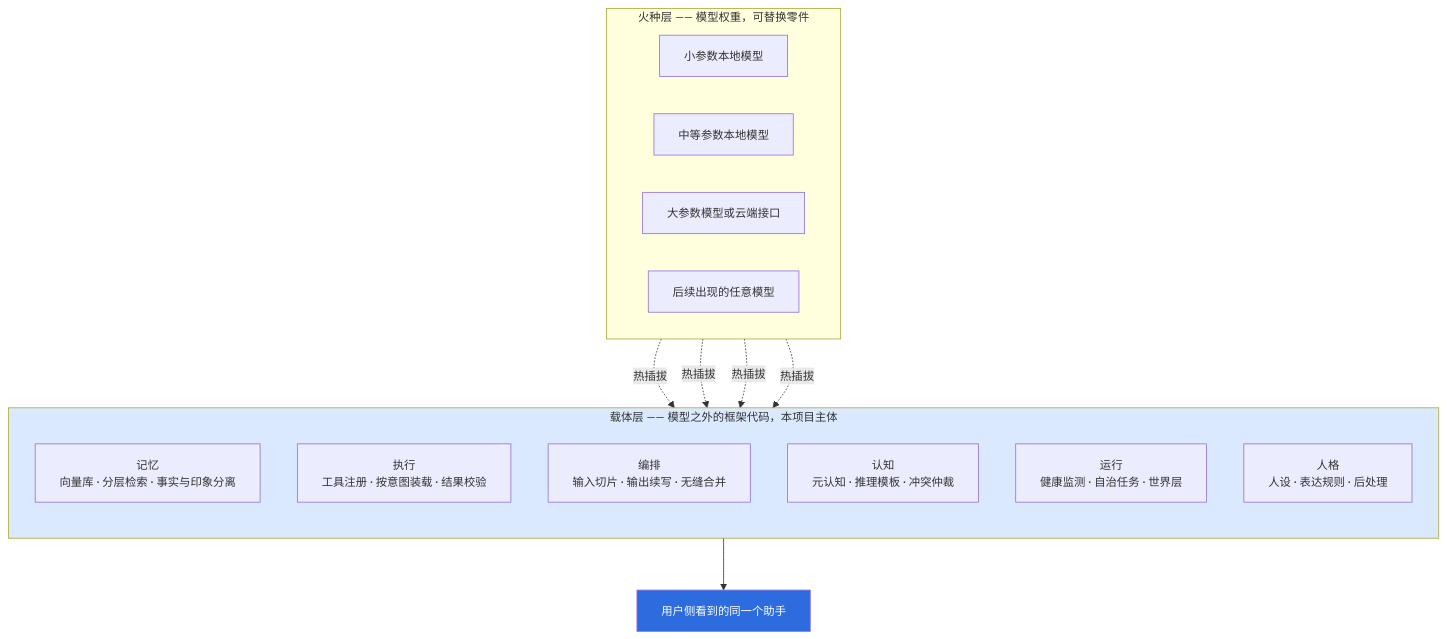
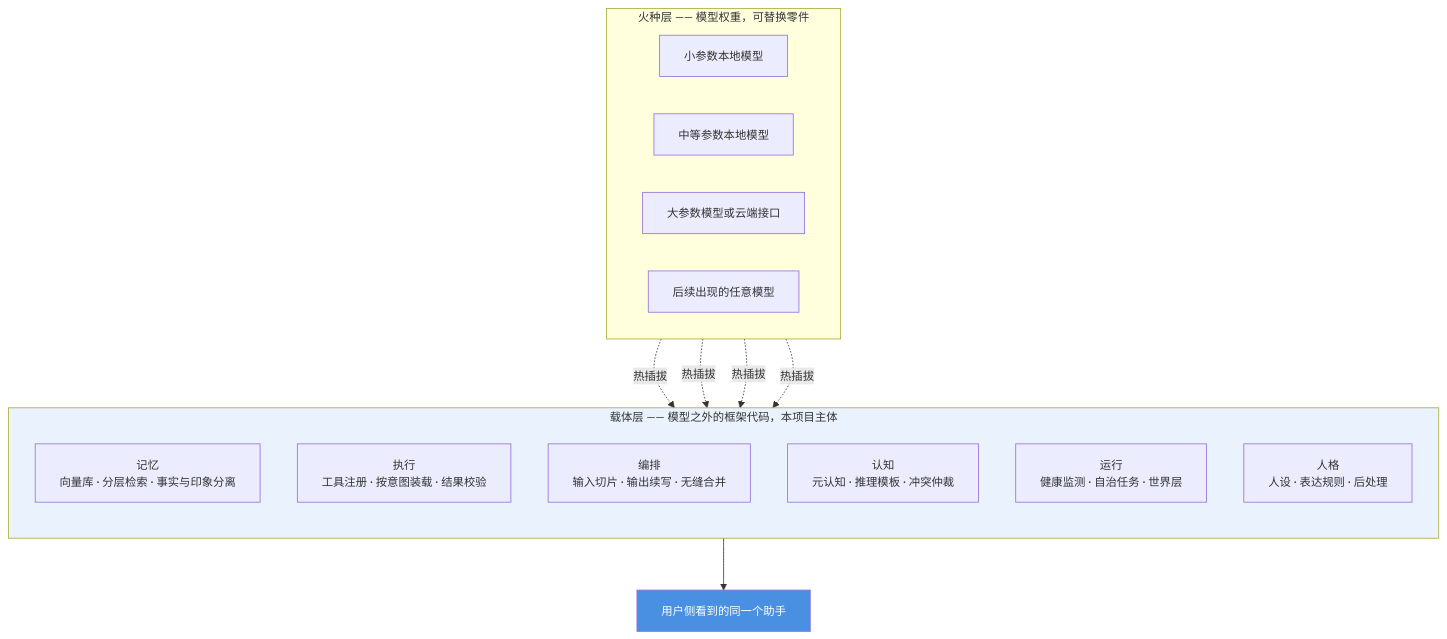
Before and after one commit to jiangchuangege/xiaojiao-harnees: the first of 2 diagrams in docs/about.md, drawn with Mermaid. The commit also changed 32 other files, not shown here.

Commit message:
统一：全仓原理图配色到一套调色板 + 给 12 张灰图补色 + 修正自己会睡那张过期图

````diff
--- a/docs/about.md
+++ b/docs/about.md
@@ -40,30 +40,30 @@
 ```mermaid
 %%{init: {"themeVariables": {"fontSize": "14px"}, "flowchart": {"htmlLabels": true, "wrappingWidth": 340, "nodeSpacing": 46, "rankSpacing": 64, "useMaxWidth": true}}}%%
 flowchart TB
     subgraph MODEL["火种层 —— 模型权重，可替换零件"]
         direction LR
         M1["小参数本地模型"]
         M2["中等参数本地模型"]
         M3["大参数模型或云端接口"]
         M4["后续出现的任意模型"]
     end
 
     subgraph CARRIER["载体层 —— 模型之外的框架代码，本项目主体"]
         direction TB
         C1["记忆<br/>向量库 · 分层检索 · 事实与印象分离"]
         C2["执行<br/>工具注册 · 按意图装载 · 结果校验"]
         C3["编排<br/>输入切片 · 输出续写 · 无缝合并"]
         C4["认知<br/>元认知 · 推理模板 · 冲突仲裁"]
         C5["运行<br/>健康监测 · 自治任务 · 世界层"]
         C6["人格<br/>人设 · 表达规则 · 后处理"]
     end
 
     M1 -.->|"热插拔"| CARRIER
     M2 -.->|"热插拔"| CARRIER
     M3 -.->|"热插拔"| CARRIER
     M4 -.->|"热插拔"| CARRIER
     CARRIER --> OUT["用户侧看到的同一个助手"]
 
-    style CARRIER fill:#dbe9ff
-    style OUT fill:#2d6cdf,color:#fff
+    style CARRIER fill:#EAF2FD
+    style OUT fill:#4A90E2,color:#fff
 ```
````
